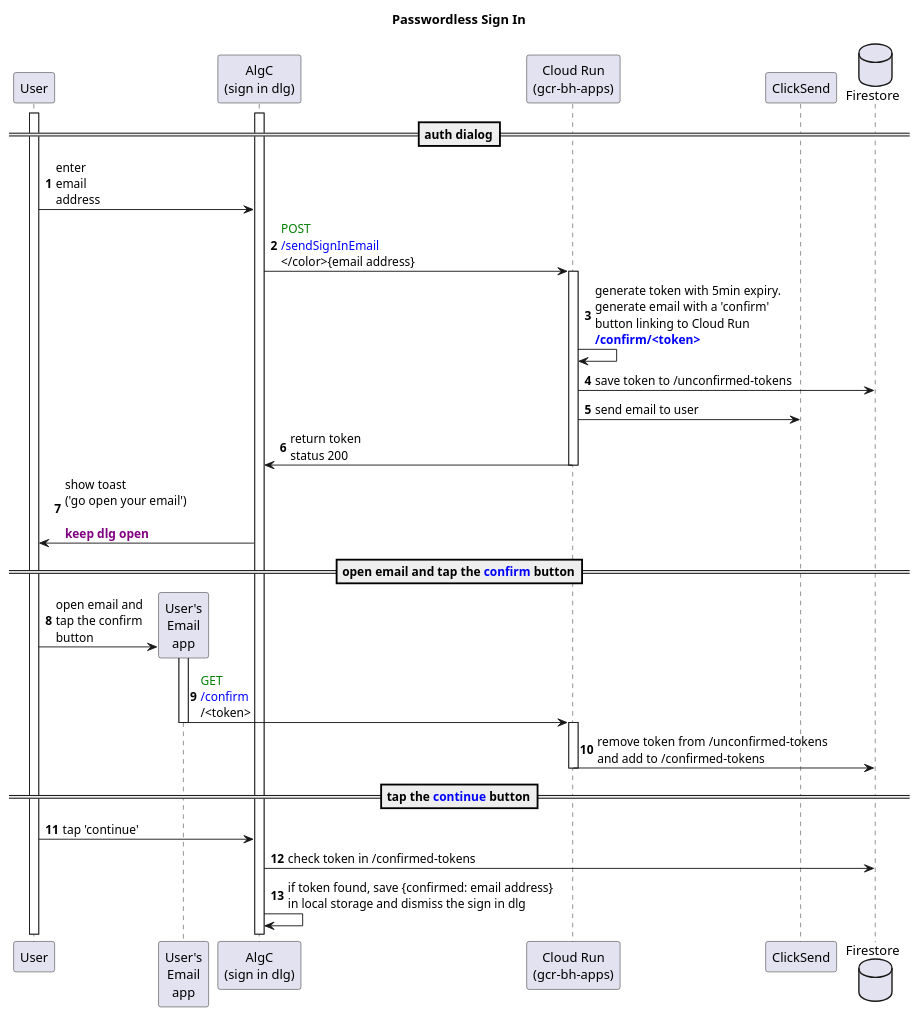
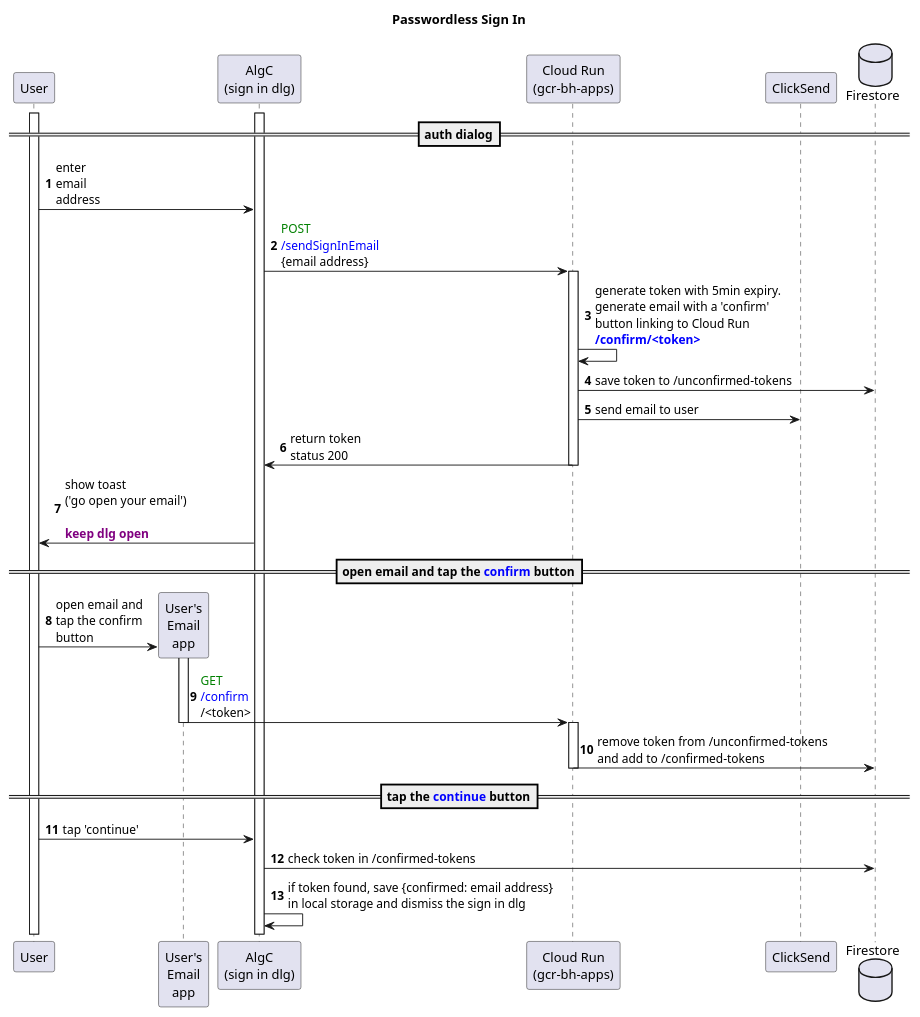
One commit to biancashouse/fsdui changed the diagram in lib/src/passwordless/passwordless-signin.puml. Above: the diagram before and after it, drawn with PlantUML. The commit also changed 14 other files, not shown here.

```diff
--- a/lib/src/passwordless/passwordless-signin.puml
+++ b/lib/src/passwordless/passwordless-signin.puml
@@ -1,65 +1,65 @@
 @startuml
 'https://plantuml.com/sequence-diagram
 
 autonumber
 
 title Passwordless Sign In
 
 participant User
 participant "User's\nEmail\napp" as Gmail
 participant "AlgC\n(sign in dlg)" as AlgC
 participant "Cloud Run\n(gcr-bh-apps)" as CloudRun
 participant ClickSend
 database Firestore
 
 activate User
 activate AlgC
 
 ==auth dialog==
 
 User->AlgC:enter\nemail \naddress
 
 
-AlgC->CloudRun:<color #green>POST\n<color #blue>/sendSignInEmail</color>\n</color>{email address}
+AlgC->CloudRun:<color #green>POST\n<color #blue>/sendSignInEmail</color>\n{email address}
 
 activate CloudRun
 
 CloudRun->CloudRun:generate token with 5min expiry.\ngenerate email with a 'confirm'\nbutton linking to Cloud Run \n<color #blue>**/confirm/<token>**</color>
 
 
 CloudRun->Firestore:save token to /unconfirmed-tokens
 
 CloudRun->ClickSend:send email to user
 
 CloudRun->AlgC:return token\nstatus 200
 
 deactivate CloudRun
 
 AlgC->User:show toast\n('go open your email')\n\n<color #purple>**keep dlg open**</color>
 
 ==open email and tap the <color #blue>**confirm**</color> button==
 
 Create Gmail
 
 User->Gmail:open email and\ntap the confirm\nbutton
 activate Gmail
 
 
 Gmail->CloudRun:<color #green>GET</color>\n<color #blue>/confirm</color>\n/<token>
 
 deactivate Gmail
 activate CloudRun
 
 CloudRun->Firestore:remove token from /unconfirmed-tokens\nand add to /confirmed-tokens
 
 
 deactivate CloudRun
 
 ==tap the <color #blue>**continue**</color> button==
 
 User->AlgC:tap 'continue'
 AlgC->Firestore:check token in /confirmed-tokens
 
 AlgC->AlgC:if token found, save {confirmed: email address}\nin local storage and dismiss the sign in dlg
 
 @enduml
```
